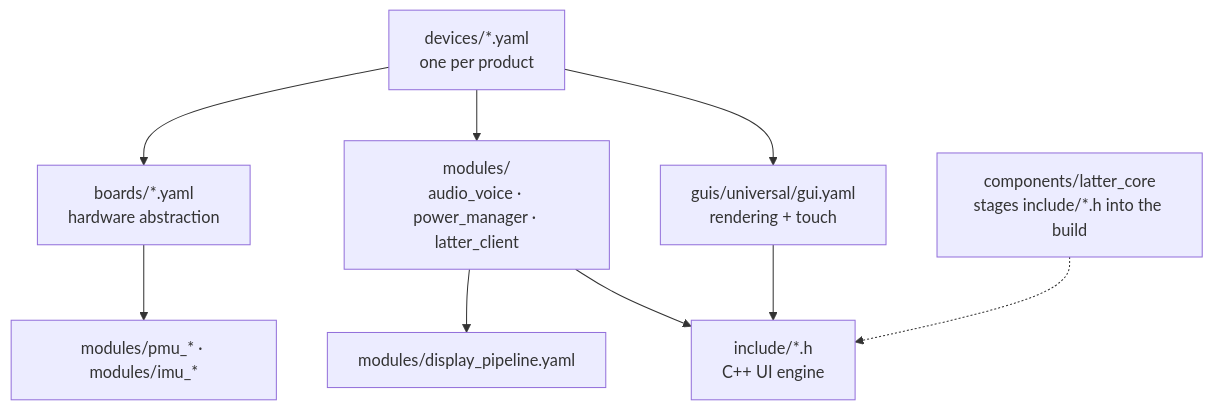
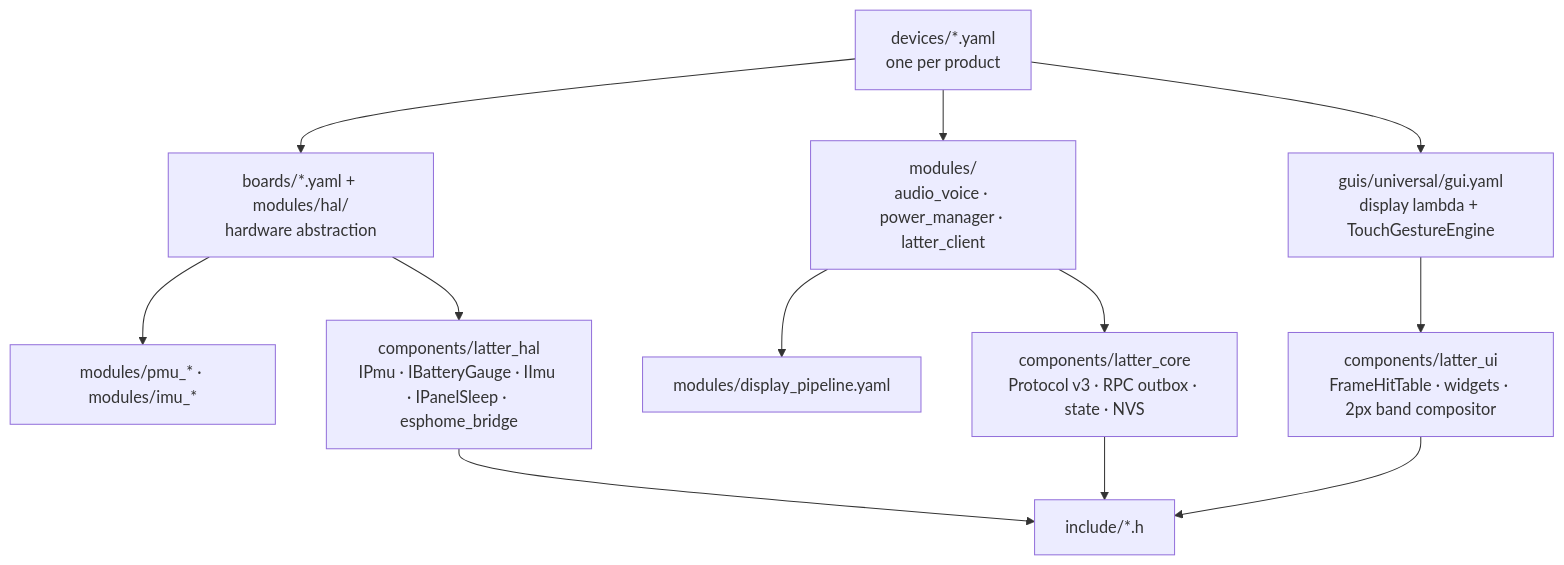
Before and after one commit to slampton/esphome-latter-core: the diagram in docs/architecture.md, drawn with Mermaid. The commit also changed other lines of this file and 123 other files, not shown here.

````diff
--- a/docs/architecture.md
+++ b/docs/architecture.md
@@ -5,11 +5,14 @@
 ```mermaid
 flowchart TD
-    D["devices/*.yaml<br/>one per product"] --> B["boards/*.yaml<br/>hardware abstraction"]
+    D["devices/*.yaml<br/>one per product"] --> B["boards/*.yaml + modules/hal/<br/>hardware abstraction"]
     D --> M["modules/<br/>audio_voice · power_manager · latter_client"]
-    D --> G["guis/universal/gui.yaml<br/>rendering + touch"]
+    D --> G["guis/universal/gui.yaml<br/>display lambda + TouchGestureEngine"]
     B --> P["modules/pmu_* · modules/imu_*"]
     M --> DP["modules/display_pipeline.yaml"]
-    G --> H["include/*.h<br/>C++ UI engine"]
-    M --> H
-    LC["components/latter_core<br/>stages include/*.h into the build"] -.-> H
+    G --> CUI["components/latter_ui<br/>FrameHitTable · widgets · 2px band compositor"]
+    M --> CC["components/latter_core<br/>Protocol v3 · RPC outbox · state · NVS"]
+    B --> CHAL["components/latter_hal<br/>IPmu · IBatteryGauge · IImu · IPanelSleep · esphome_bridge"]
+    CUI --> H["include/*.h"]
+    CC --> H
+    CHAL --> H
 ```
````
